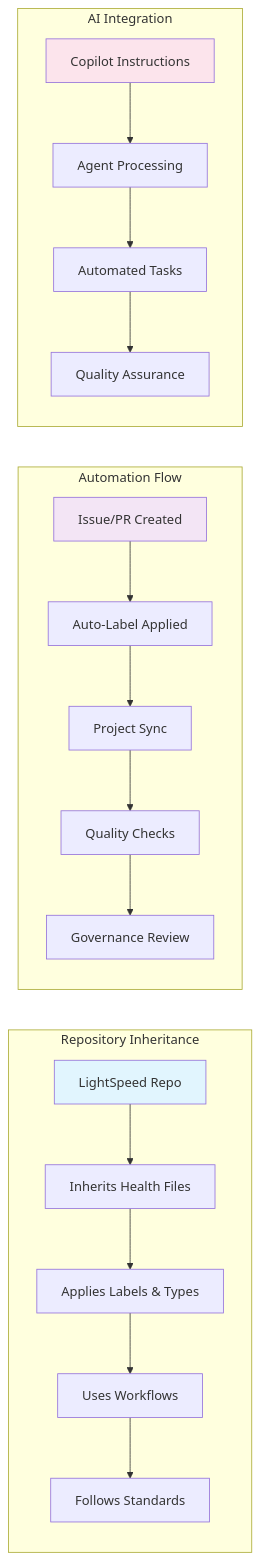
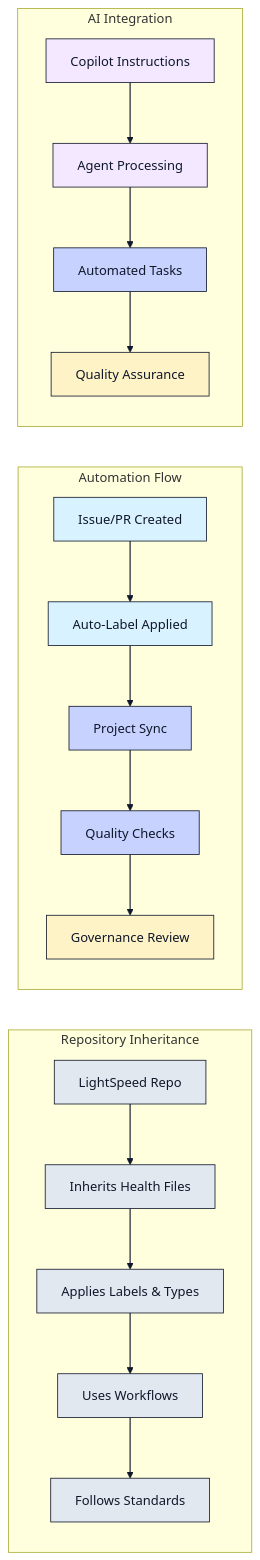
One commit to lightspeedwp/.github changed the second of 7 diagrams in README.md. Above: the diagram before and after it, drawn with Mermaid. The commit also changed other lines of this file and 45 other files, not shown here.

````diff
--- a/README.md
+++ b/README.md
@@ -166,26 +215,49 @@
 ```mermaid
 flowchart LR
-    subgraph "Repository Inheritance"
-        A[LightSpeed Repo] --> B[Inherits Health Files]
-        B --> C[Applies Labels & Types]
-        C --> D[Uses Workflows]
-        D --> E[Follows Standards]
-    end
+accTitle: "Inheritance and automation flow"
+accDescr {
+  Shows how canonical community health files propagate through automation workflows and AI integration to enforce labels, standards, and governance.
+}
+  subgraph "Repository Inheritance"
+    A[LightSpeed Repo] --> B[Inherits Health Files]
+    B --> C[Applies Labels & Types]
+    C --> D[Uses Workflows]
+    D --> E[Follows Standards]
+  end
 
-    subgraph "Automation Flow"
-        F[Issue/PR Created] --> G[Auto-Label Applied]
-        G --> H[Project Sync]
-        H --> I[Quality Checks]
-        I --> J[Governance Review]
-    end
+  subgraph "Automation Flow"
+    F[Issue/PR Created] --> G[Auto-Label Applied]
+    G --> H[Project Sync]
+    H --> I[Quality Checks]
+    I --> J[Governance Review]
+  end
 
-    subgraph "AI Integration"
-        K[Copilot Instructions] --> L[Agent Processing]
-        L --> M[Automated Tasks]
-        M --> N[Quality Assurance]
-    end
+  subgraph "AI Integration"
+    K[Copilot Instructions] --> L[Agent Processing]
+    L --> M[Automated Tasks]
+    M --> N[Quality Assurance]
+  end
 
-    style A fill:#e1f5fe
-    style F fill:#f3e5f5
-    style K fill:#fce4ec
+  classDef repo fill:#e2e8f0,stroke:#0f172a,color:#0f172a
+  classDef automation fill:#d9f2ff,stroke:#0f172a,color:#0f172a
+  classDef ai fill:#f3e8ff,stroke:#0f172a,color:#0f172a
+  classDef development fill:#c7d2fe,stroke:#0f172a,color:#0f172a
+  classDef review fill:#fef3c7,stroke:#0f172a,color:#0f172a
+
+  class A repo
+  class B repo
+  class C repo
+  class D repo
+  class E repo
+  class F automation
+  class G automation
+  class H development
+  class I development
+  class J review
+  class K ai
+  class L ai
+  class M development
+  class N review
+
+  linkStyle default stroke:#0f172a,stroke-width:1.4px
 ```
````
